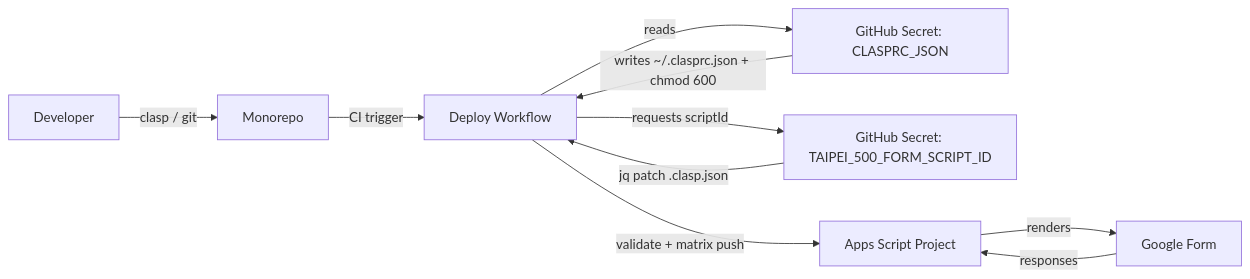
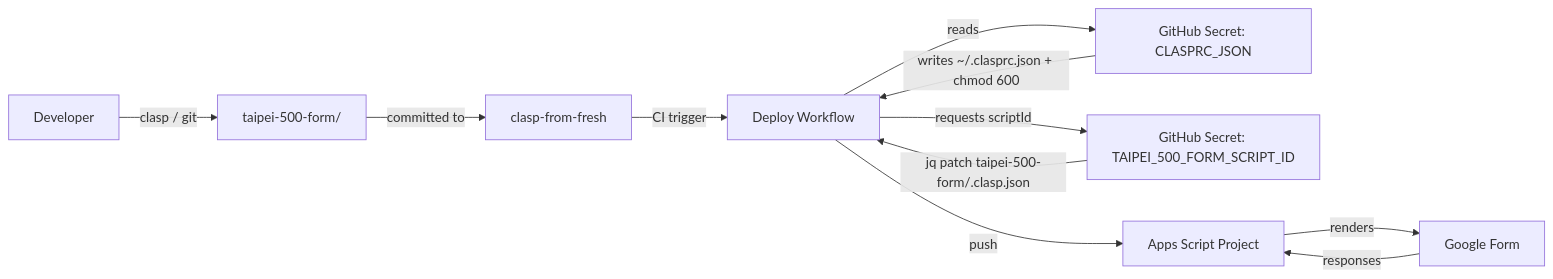
Before and after one commit to muyueh/Codex-web-Google-App-Script: the fourth of 5 diagrams in README.md, drawn with Mermaid. The commit also changed other lines of this file and 6 other files, not shown here.

Commit message:
Flatten taipei 500 form project layout

````diff
--- a/README.md
+++ b/README.md
@@ -59,19 +61,21 @@
 ```mermaid
 flowchart LR
     Dev[Developer]
-    Repo[Monorepo]
+    Repo[clasp-from-fresh]
+    Folder[taipei-500-form/]
     Secrets[GitHub Secret: CLASPRC_JSON]
     ScriptIdSecret[GitHub Secret: TAIPEI_500_FORM_SCRIPT_ID]
     Workflow[Deploy Workflow]
     GAS[Apps Script Project]
     Form[Google Form]
-    Dev -->|clasp / git| Repo
+    Dev -->|clasp / git| Folder
+    Folder -->|committed to| Repo
     Repo -->|CI trigger| Workflow
     Workflow -->|reads| Secrets
     Secrets -->|writes ~/.clasprc.json + chmod 600| Workflow
     Workflow -->|requests scriptId| ScriptIdSecret
-    ScriptIdSecret -->|jq patch .clasp.json| Workflow
-    Workflow -->|validate + matrix push| GAS
+    ScriptIdSecret -->|jq patch taipei-500-form/.clasp.json| Workflow
+    Workflow -->|push| GAS
     GAS -->|renders| Form
     Form -->|responses| GAS
 ```
````
